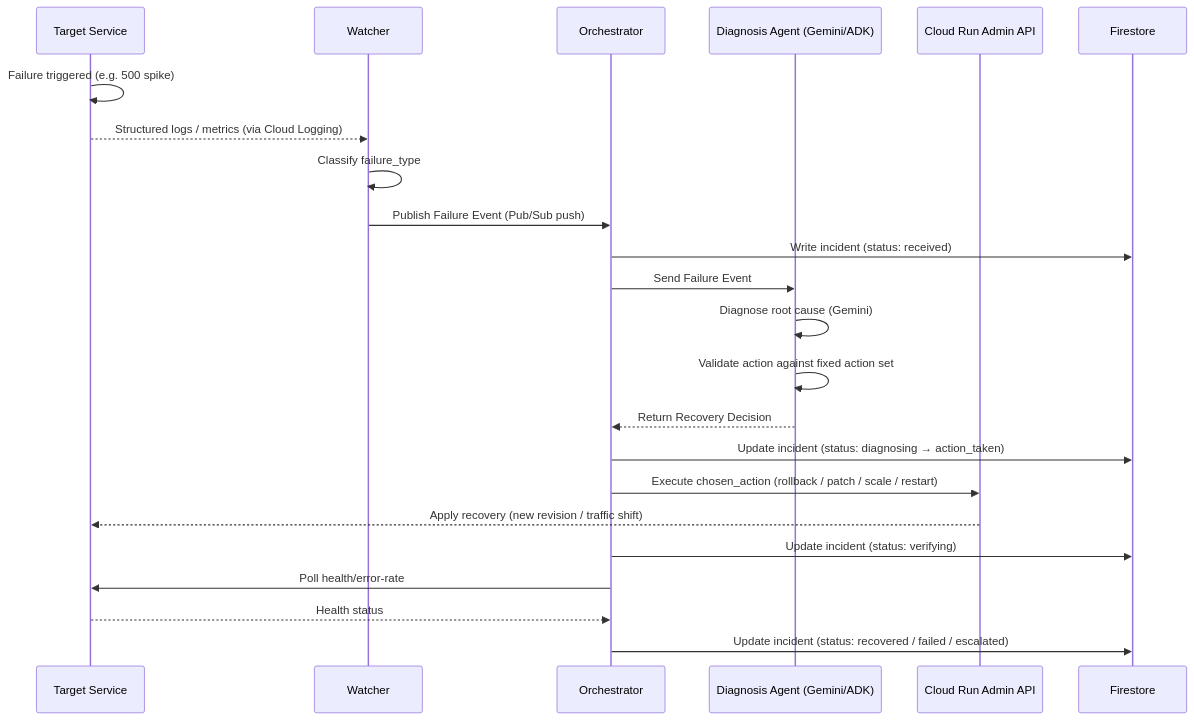
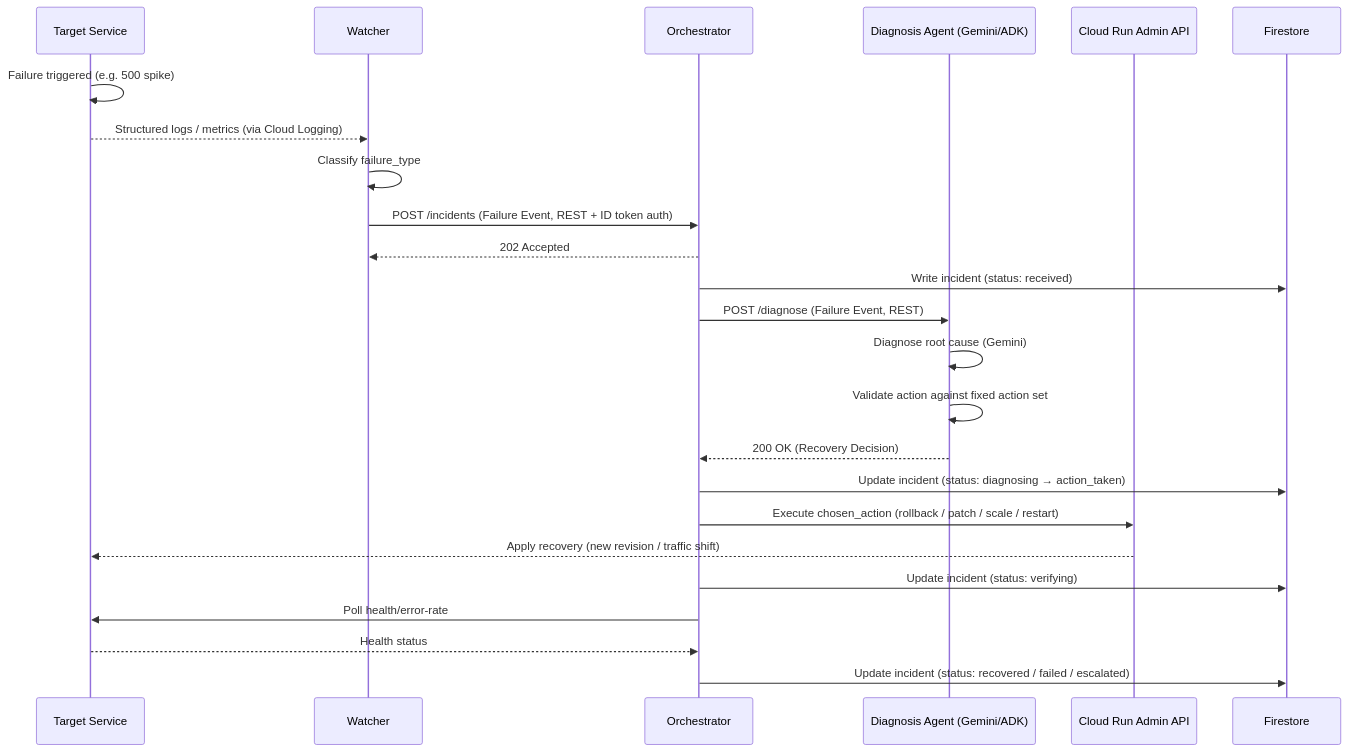
Before and after one commit to MdHananSjd/AutoMend: the second of 2 diagrams in docs/architecture.md, drawn with Mermaid. The commit also changed other lines of this file, not shown here.

First line of the commit message:
Clarify service communication in architecture document

````diff
--- a/docs/architecture.md
+++ b/docs/architecture.md
@@ -87,26 +83,27 @@
 ```mermaid
 sequenceDiagram
     participant T as Target Service
     participant W as Watcher
     participant O as Orchestrator
     participant D as Diagnosis Agent (Gemini/ADK)
     participant C as Cloud Run Admin API
     participant F as Firestore
 
     T->>T: Failure triggered (e.g. 500 spike)
     T-->>W: Structured logs / metrics (via Cloud Logging)
     W->>W: Classify failure_type
-    W->>O: Publish Failure Event (Pub/Sub push)
+    W->>O: POST /incidents (Failure Event, REST + ID token auth)
+    O-->>W: 202 Accepted
     O->>F: Write incident (status: received)
-    O->>D: Send Failure Event
+    O->>D: POST /diagnose (Failure Event, REST)
     D->>D: Diagnose root cause (Gemini)
     D->>D: Validate action against fixed action set
-    D-->>O: Return Recovery Decision
+    D-->>O: 200 OK (Recovery Decision)
     O->>F: Update incident (status: diagnosing → action_taken)
     O->>C: Execute chosen_action (rollback / patch / scale / restart)
     C-->>T: Apply recovery (new revision / traffic shift)
     O->>F: Update incident (status: verifying)
     O->>T: Poll health/error-rate
     T-->>O: Health status
     O->>F: Update incident (status: recovered / failed / escalated)
 ```
````
